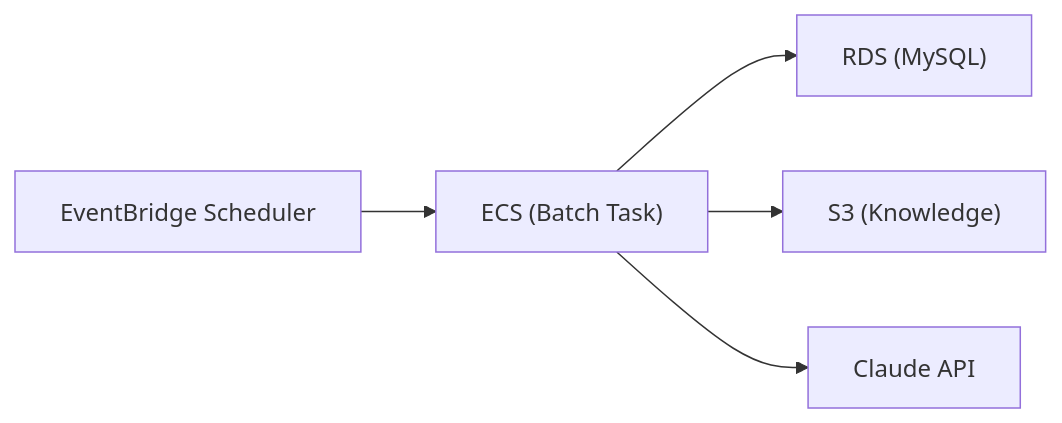
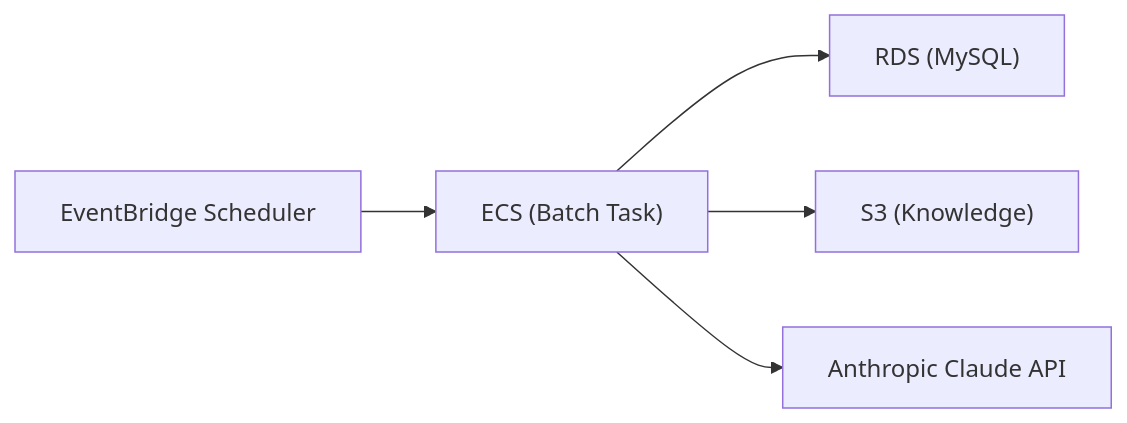
The second of 8 diagrams in README.md (ryokkon624/hw-hub-infra), drawn with Mermaid before and after one commit. The commit also changed other lines of this file, not shown here.

````diff
--- a/README.md
+++ b/README.md
@@ -57,12 +58,12 @@
 ```mermaid
 flowchart LR
     Scheduler["EventBridge Scheduler"]
     ECSBatch["ECS (Batch Task)"]
     RDS["RDS (MySQL)"]
     S3Knowledge["S3 (Knowledge)"]
-    ClaudeAPI["Claude API"]
+    ClaudeAPI["Anthropic Claude API"]
     Scheduler --> ECSBatch
     ECSBatch --> RDS
     ECSBatch --> S3Knowledge
     ECSBatch --> ClaudeAPI
 ```
````
